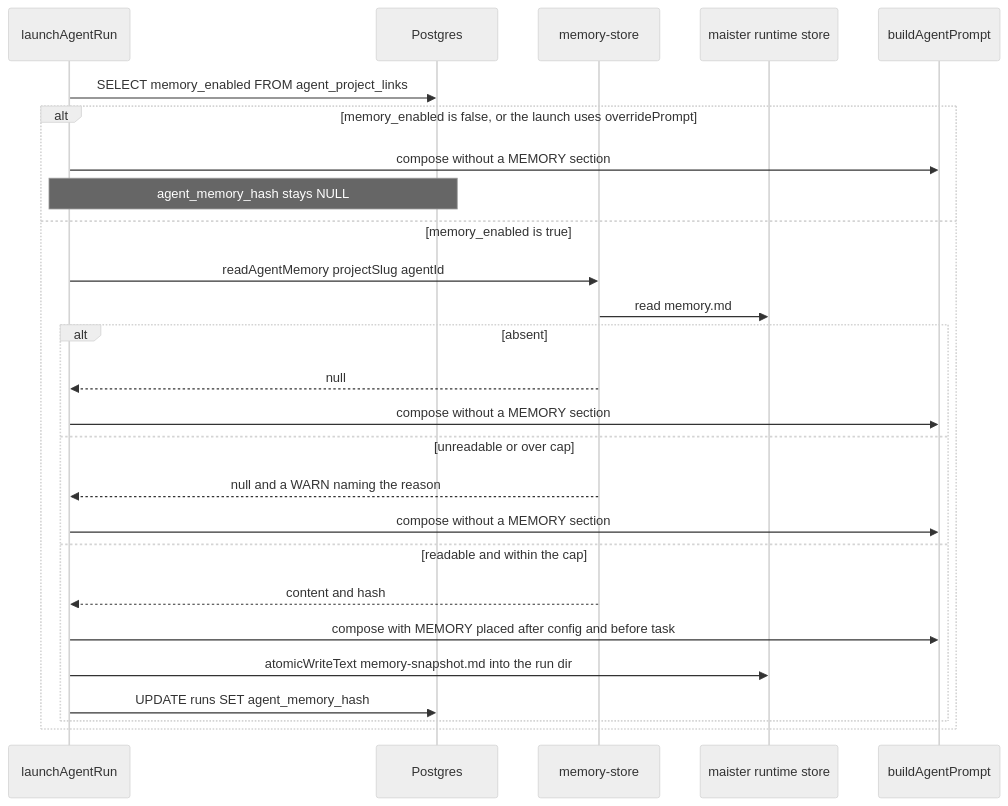
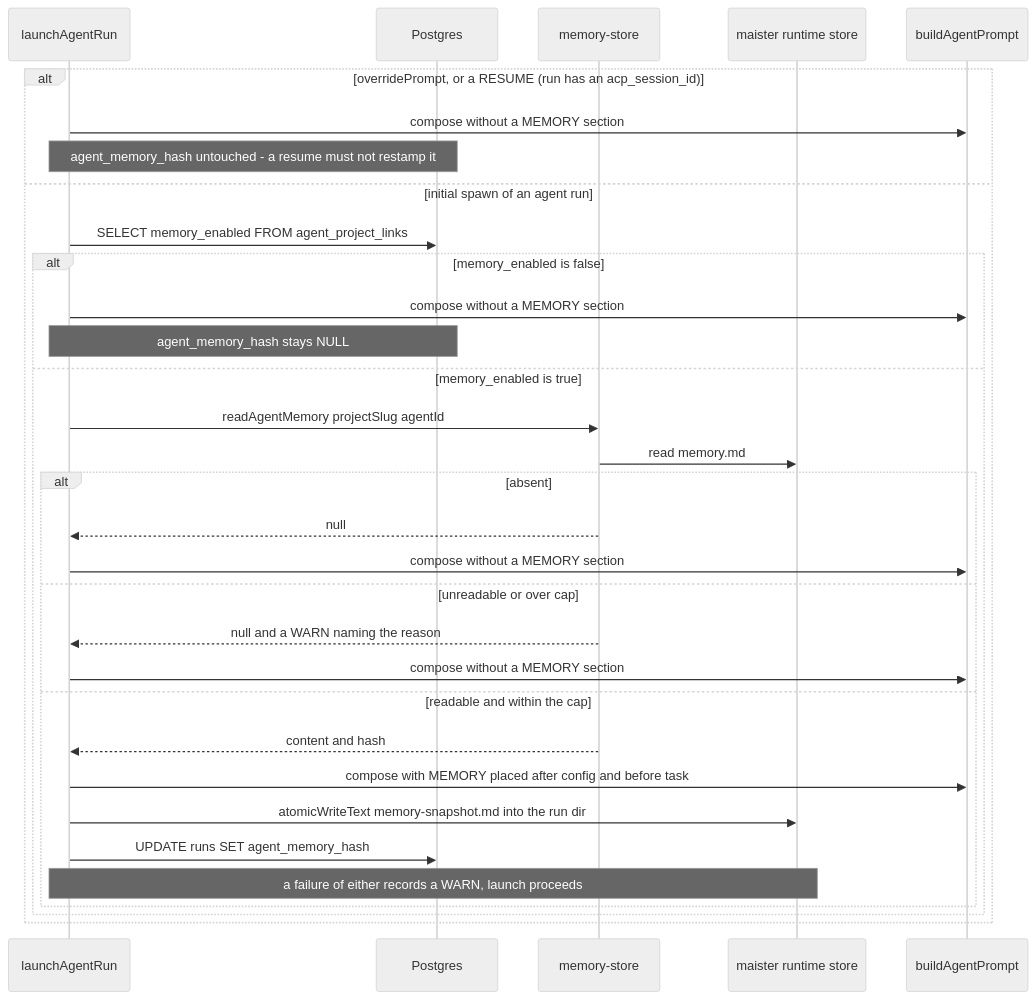
Before and after one commit to maister-dev/maister: the third of 5 diagrams in docs/system-analytics/agent-memory.md, drawn with Mermaid (neutral theme). The commit also changed other lines of this file and 16 other files, not shown here.

````diff
--- a/docs/system-analytics/agent-memory.md
+++ b/docs/system-analytics/agent-memory.md
@@ -98,29 +105,35 @@
 ```mermaid
 sequenceDiagram
     participant L as launchAgentRun
     participant DB as Postgres
     participant MS as memory-store
     participant FS as maister runtime store
     participant P as buildAgentPrompt
 
-    L->>DB: SELECT memory_enabled FROM agent_project_links
-    alt memory_enabled is false, or the launch uses overridePrompt
+    alt overridePrompt, or a RESUME (run has an acp_session_id)
         L->>P: compose without a MEMORY section
-        Note over L,DB: agent_memory_hash stays NULL
-    else memory_enabled is true
-        L->>MS: readAgentMemory projectSlug agentId
-        MS->>FS: read memory.md
-        alt absent
-            MS-->>L: null
+        Note over L,DB: agent_memory_hash untouched - a resume must not restamp it
+    else initial spawn of an agent run
+        L->>DB: SELECT memory_enabled FROM agent_project_links
+        alt memory_enabled is false
             L->>P: compose without a MEMORY section
-        else unreadable or over cap
-            MS-->>L: null and a WARN naming the reason
-            L->>P: compose without a MEMORY section
-        else readable and within the cap
-            MS-->>L: content and hash
-            L->>P: compose with MEMORY placed after config and before task
-            L->>FS: atomicWriteText memory-snapshot.md into the run dir
-            L->>DB: UPDATE runs SET agent_memory_hash
+            Note over L,DB: agent_memory_hash stays NULL
+        else memory_enabled is true
+            L->>MS: readAgentMemory projectSlug agentId
+            MS->>FS: read memory.md
+            alt absent
+                MS-->>L: null
+                L->>P: compose without a MEMORY section
+            else unreadable or over cap
+                MS-->>L: null and a WARN naming the reason
+                L->>P: compose without a MEMORY section
+            else readable and within the cap
+                MS-->>L: content and hash
+                L->>P: compose with MEMORY placed after config and before task
+                L->>FS: atomicWriteText memory-snapshot.md into the run dir
+                L->>DB: UPDATE runs SET agent_memory_hash
+                Note over L,FS: a failure of either records a WARN, launch proceeds
+            end
         end
     end
 ```
````
